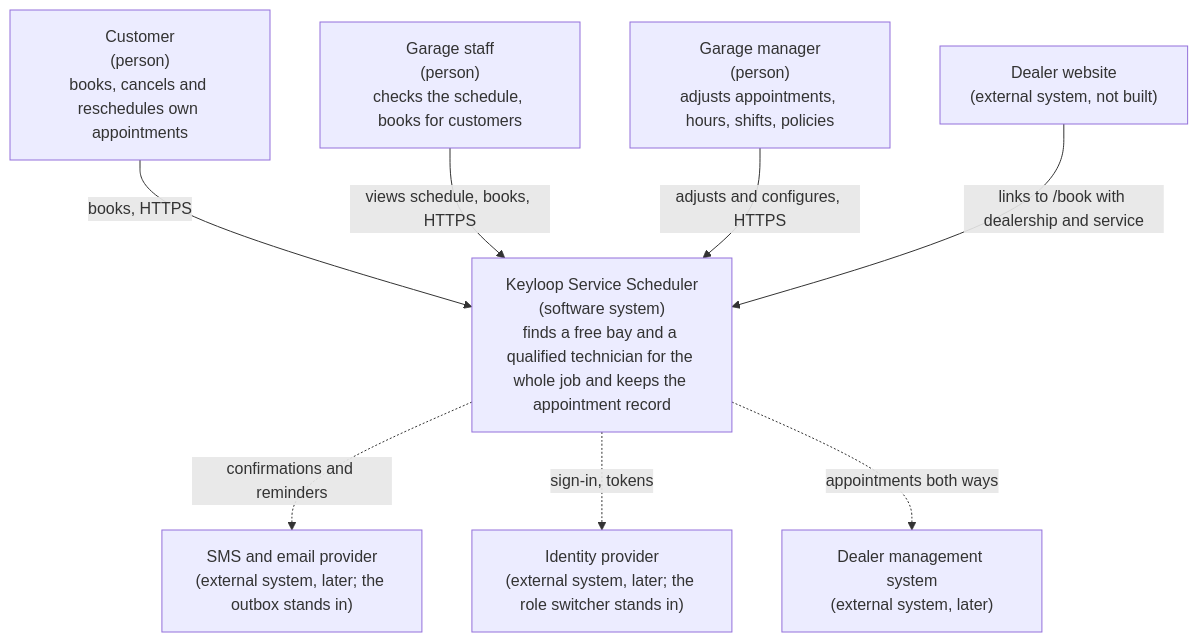
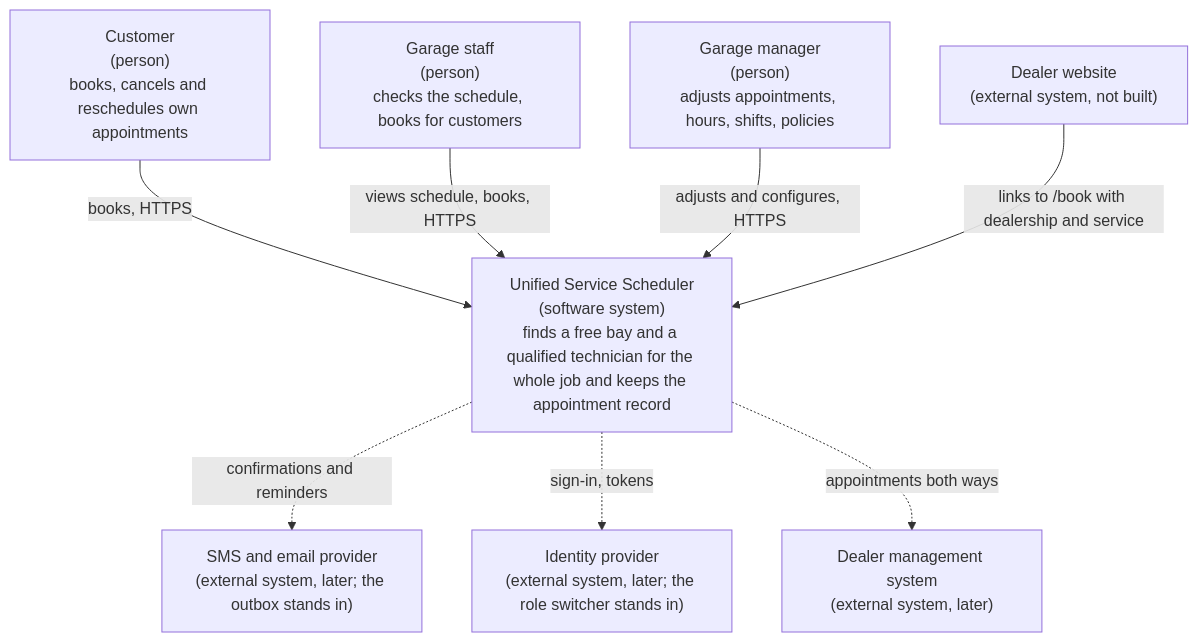
One commit to thienba/unified-service-scheduler changed the first of 8 diagrams in docs/system-design.md. Above: the diagram before and after it, drawn with Mermaid. The commit also changed other lines of this file and 34 other files, not shown here.

````diff
--- a/docs/system-design.md
+++ b/docs/system-design.md
@@ -101,18 +101,18 @@
 ```mermaid
 flowchart TB
   customer["Customer<br/>(person)<br/>books, cancels and reschedules own appointments"]
   staff["Garage staff<br/>(person)<br/>checks the schedule, books for customers"]
   manager["Garage manager<br/>(person)<br/>adjusts appointments, hours, shifts, policies"]
-  sched["Keyloop Service Scheduler<br/>(software system)<br/>finds a free bay and a qualified technician for the whole job and keeps the appointment record"]
+  sched["Unified Service Scheduler<br/>(software system)<br/>finds a free bay and a qualified technician for the whole job and keeps the appointment record"]
   site["Dealer website<br/>(external system, not built)"]
   msg["SMS and email provider<br/>(external system, later; the outbox stands in)"]
   idp["Identity provider<br/>(external system, later; the role switcher stands in)"]
   dms["Dealer management system<br/>(external system, later)"]
   customer -->|"books, HTTPS"| sched
   staff -->|"views schedule, books, HTTPS"| sched
   manager -->|"adjusts and configures, HTTPS"| sched
   site -->|"links to /book with dealership and service"| sched
   sched -.->|"confirmations and reminders"| msg
   sched -.->|"sign-in, tokens"| idp
   sched -.->|"appointments both ways"| dms
 ```
````
